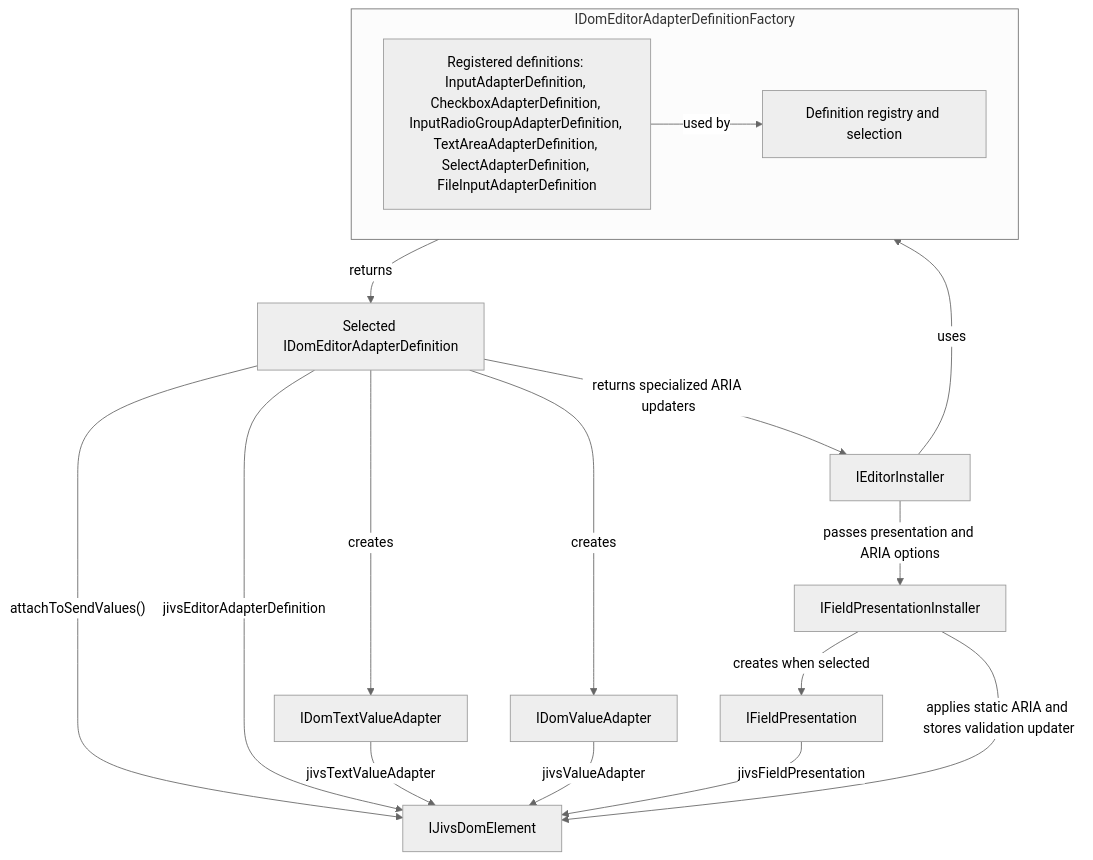
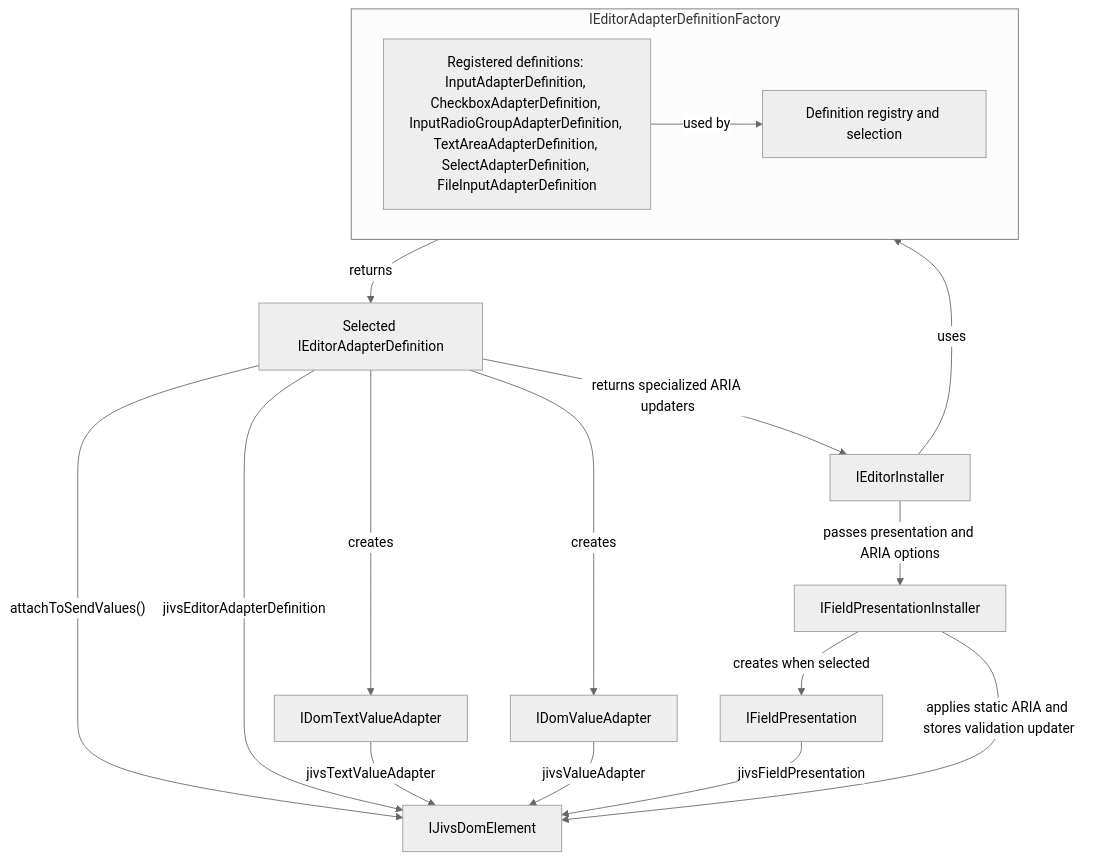
One commit to plblum/jivs changed the second of 13 diagrams in planning/Jivs-DOM_Implementation_Design.md. Above: the diagram before and after it, drawn with Mermaid (neutral theme). The commit also changed other lines of this file and 30 other files, not shown here.

````diff
--- a/planning/Jivs-DOM_Implementation_Design.md
+++ b/planning/Jivs-DOM_Implementation_Design.md
@@ -79,37 +79,37 @@
 ```mermaid
 flowchart TB
     INSTALLER["IEditorInstaller"]
-    DEFINITION["Selected IDomEditorAdapterDefinition"]
+    DEFINITION["Selected IEditorAdapterDefinition"]
     PRESENTATION_INSTALLER["IFieldPresentationInstaller"]
 
-    subgraph FACTORY["IDomEditorAdapterDefinitionFactory"]
+    subgraph FACTORY["IEditorAdapterDefinitionFactory"]
         direction LR
 
         REGISTERED["Registered definitions: InputAdapterDefinition, CheckboxAdapterDefinition, InputRadioGroupAdapterDefinition, TextAreaAdapterDefinition, SelectAdapterDefinition, FileInputAdapterDefinition"]
         FACTORY_API["Definition registry and selection"]
 
         REGISTERED -->|"used by"| FACTORY_API
     end
 
     ELEMENT["IJivsDomElement"]
     TEXT_ADAPTER["IDomTextValueAdapter"]
     VALUE_ADAPTER["IDomValueAdapter"]
     PRESENTATION["IFieldPresentation"]
 
     INSTALLER -->|"uses"| FACTORY
     FACTORY -->|"returns"| DEFINITION
 
     DEFINITION -->|"creates"| TEXT_ADAPTER
     DEFINITION -->|"creates"| VALUE_ADAPTER
     DEFINITION -->|"attachToSendValues()"| ELEMENT
     DEFINITION -->|"returns specialized ARIA updaters"| INSTALLER
 
     DEFINITION -->|"jivsEditorAdapterDefinition"| ELEMENT
     TEXT_ADAPTER -->|"jivsTextValueAdapter"| ELEMENT
     VALUE_ADAPTER -->|"jivsValueAdapter"| ELEMENT
 
     INSTALLER -->|"passes presentation and ARIA options"| PRESENTATION_INSTALLER
     PRESENTATION_INSTALLER -->|"creates when selected"| PRESENTATION
     PRESENTATION -->|"jivsFieldPresentation"| ELEMENT
     PRESENTATION_INSTALLER -->|"applies static ARIA and stores validation updater"| ELEMENT
 ```
````
